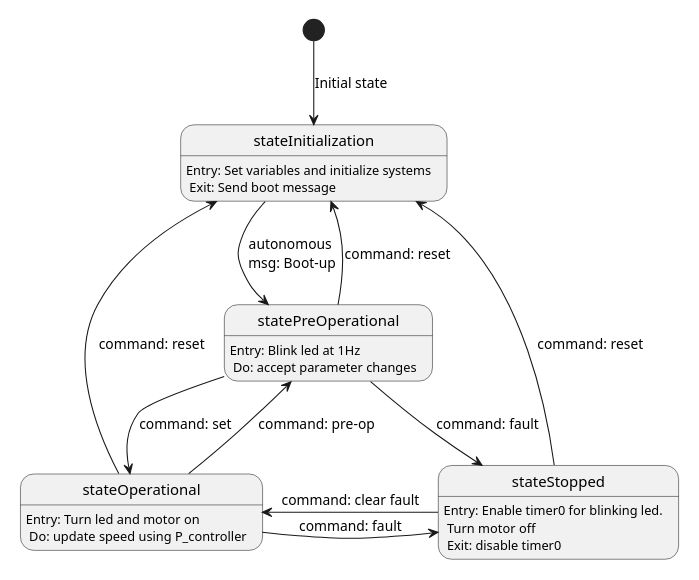
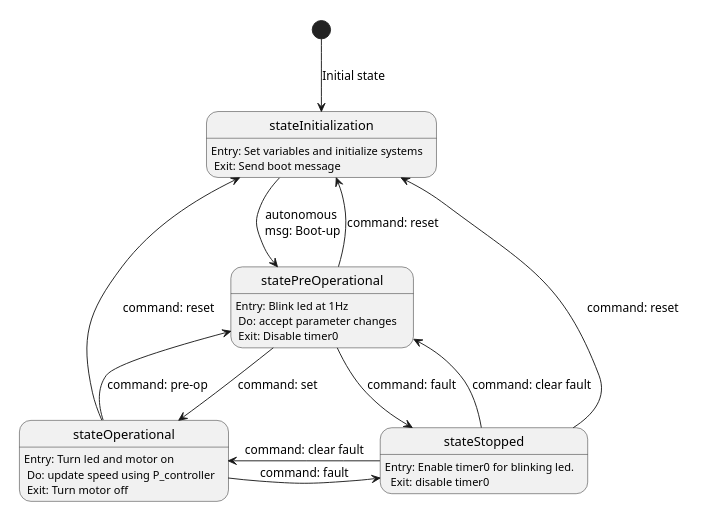
One commit to JonkiTroll/Embedded_Systems changed the diagram in Group_project_3/docs/diagrams/src/state.puml. Above: the diagram before and after it, drawn with PlantUML. The commit also changed 17 other files, not shown here.

```diff
--- a/Group_project_3/docs/diagrams/src/state.puml
+++ b/Group_project_3/docs/diagrams/src/state.puml
@@ -1,22 +1,23 @@
 @startuml
 'https://plantuml.com/state-diagram
 
 scale 350 width
 
 stateInitialization:        Entry: Set variables and initialize systems\n Exit: Send boot message
-statePreOperational:        Entry: Blink led at 1Hz  \n Do: accept parameter changes
-stateOperational:           Entry: Turn led and motor on\n Do: update speed using P_controller
-stateStopped:               Entry: Enable timer0 for blinking led.\n Turn motor off\n Exit: disable timer0
+statePreOperational:        Entry: Blink led at 1Hz  \n Do: accept parameter changes \n Exit: Disable timer0
+stateOperational:           Entry: Turn led and motor on\n Do: update speed using P_controller\n Exit: Turn motor off
+stateStopped:               Entry: Enable timer0 for blinking led.\n  Exit: disable timer0
 
 [*]-down->stateInitialization: Initial state
 stateInitialization -down-> statePreOperational: autonomous\n msg: Boot-up
 statePreOperational -up-> stateInitialization: command: reset
 statePreOperational -down-> stateOperational: command: set
 statePreOperational -down-> stateStopped: command: fault
+stateStopped -up-> statePreOperational: command: clear fault
 stateOperational -up-> statePreOperational: command: pre-op
 stateOperational -up-> stateInitialization: command: reset
 stateOperational -right-> stateStopped: command: fault
 stateStopped -right-> stateOperational: command: clear fault
 stateStopped -> stateInitialization: command: reset
 
 @enduml
```
